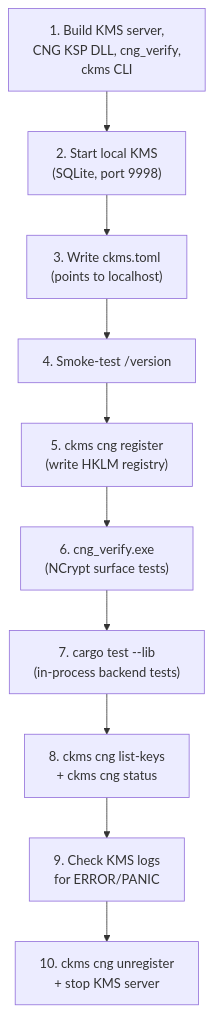
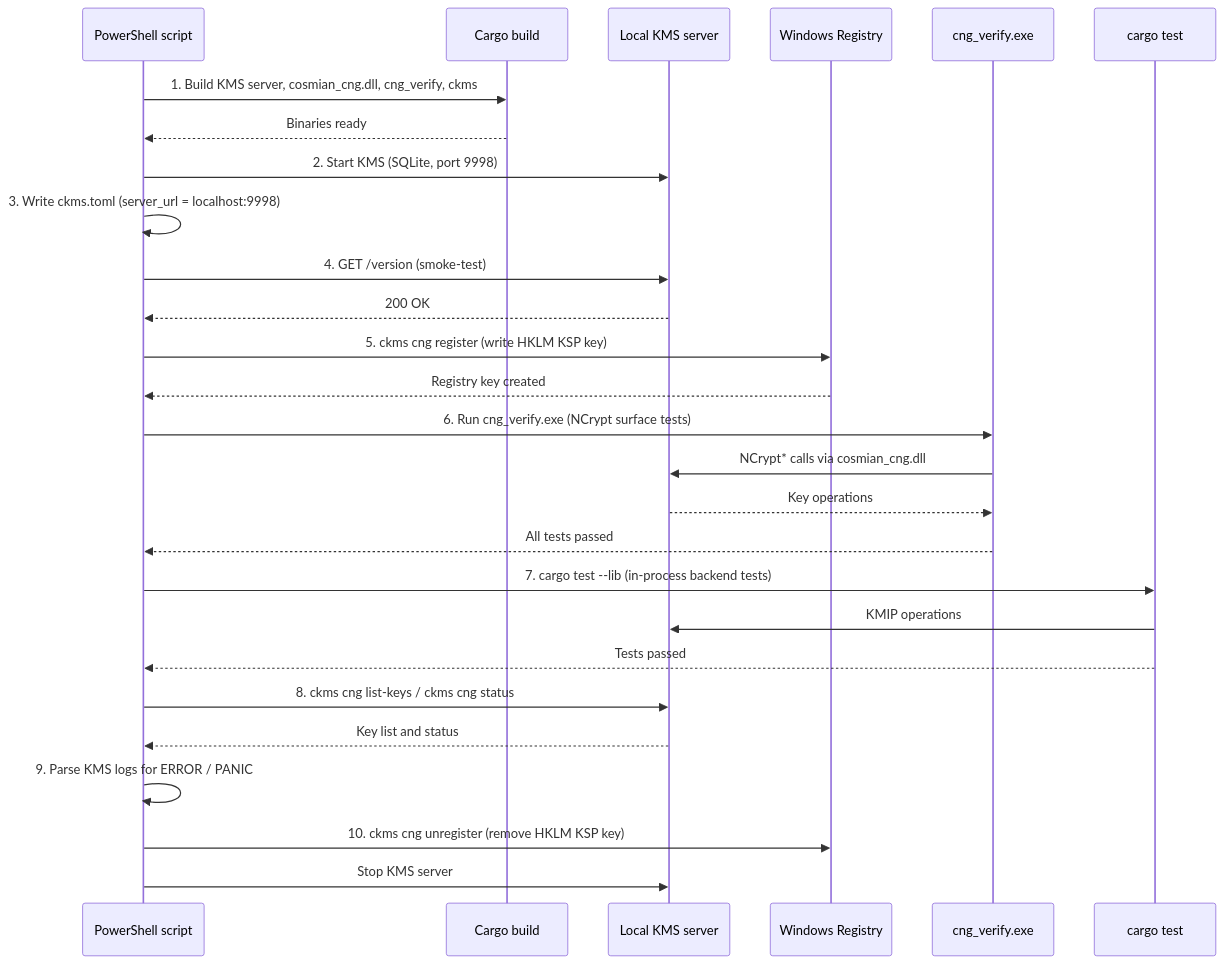
Before and after one commit to Cosmian/kms: the seventh of 7 diagrams in documentation/docs/integrations/cloud_providers/microsoft/windows_cng_ksp.md, drawn with Mermaid. The commit also changed other lines of this file, not shown here.

````diff
--- a/documentation/docs/integrations/cloud_providers/microsoft/windows_cng_ksp.md
+++ b/documentation/docs/integrations/cloud_providers/microsoft/windows_cng_ksp.md
@@ -483,12 +485,30 @@
 ```mermaid
-flowchart TD
-    A["1. Build KMS server,<br/>CNG KSP DLL, cng_verify,<br/>ckms CLI"] --> B["2. Start local KMS<br/>(SQLite, port 9998)"]
-    B --> C["3. Write ckms.toml<br/>(points to localhost)"]
-    C --> D["4. Smoke-test /version"]
-    D --> E["5. ckms cng register<br/>(write HKLM registry)"]
-    E --> F["6. cng_verify.exe<br/>(NCrypt surface tests)"]
-    F --> G["7. cargo test --lib<br/>(in-process backend tests)"]
-    G --> H["8. ckms cng list-keys<br/>+ ckms cng status"]
-    H --> I["9. Check KMS logs<br/>for ERROR/PANIC"]
-    I --> J["10. ckms cng unregister<br/>+ stop KMS server"]
+sequenceDiagram
+    participant PS as PowerShell script
+    participant Build as Cargo build
+    participant KMS as Local KMS server
+    participant Reg as Windows Registry
+    participant Verify as cng_verify.exe
+    participant Tests as cargo test
+
+    PS->>Build: 1. Build KMS server, cosmian_cng.dll, cng_verify, ckms
+    Build-->>PS: Binaries ready
+    PS->>KMS: 2. Start KMS (SQLite, port 9998)
+    PS->>PS: 3. Write ckms.toml (server_url = localhost:9998)
+    PS->>KMS: 4. GET /version (smoke-test)
+    KMS-->>PS: 200 OK
+    PS->>Reg: 5. ckms cng register (write HKLM KSP key)
+    Reg-->>PS: Registry key created
+    PS->>Verify: 6. Run cng_verify.exe (NCrypt surface tests)
+    Verify->>KMS: NCrypt* calls via cosmian_cng.dll
+    KMS-->>Verify: Key operations
+    Verify-->>PS: All tests passed
+    PS->>Tests: 7. cargo test --lib (in-process backend tests)
+    Tests->>KMS: KMIP operations
+    Tests-->>PS: Tests passed
+    PS->>KMS: 8. ckms cng list-keys / ckms cng status
+    KMS-->>PS: Key list and status
+    PS->>PS: 9. Parse KMS logs for ERROR / PANIC
+    PS->>Reg: 10. ckms cng unregister (remove HKLM KSP key)
+    PS->>KMS: Stop KMS server
 ```
````
